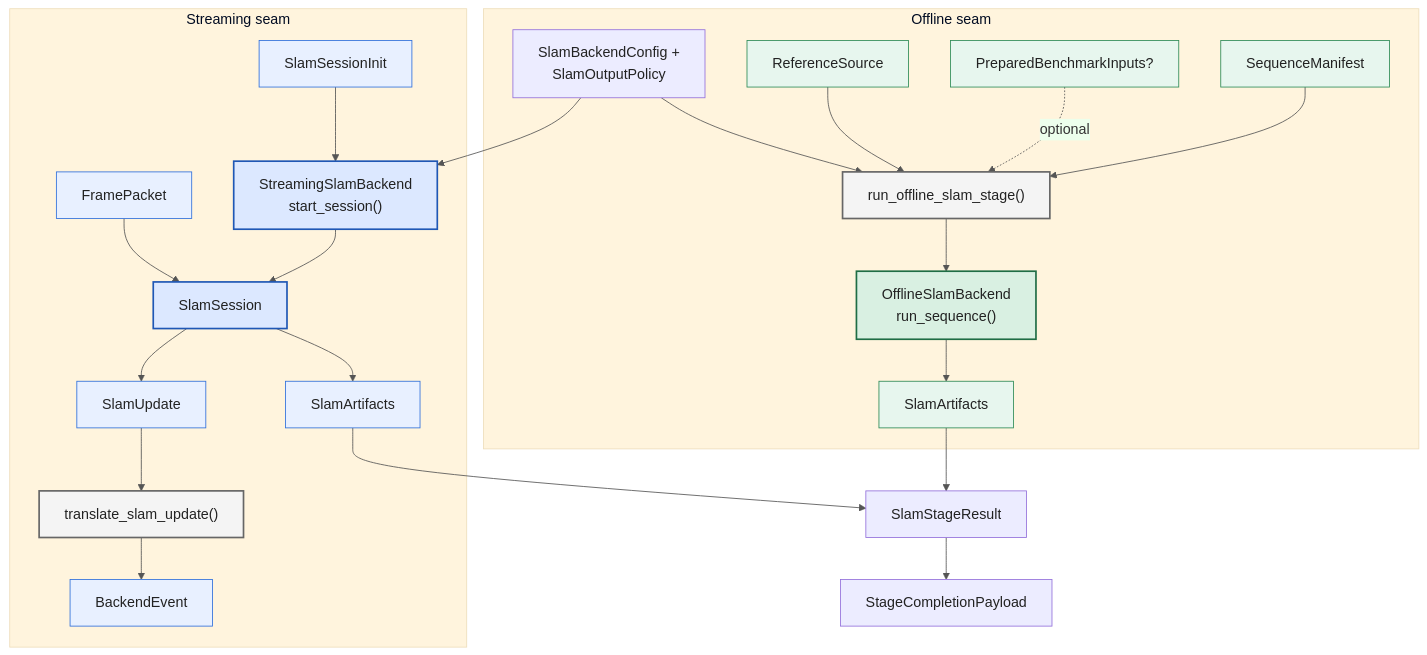
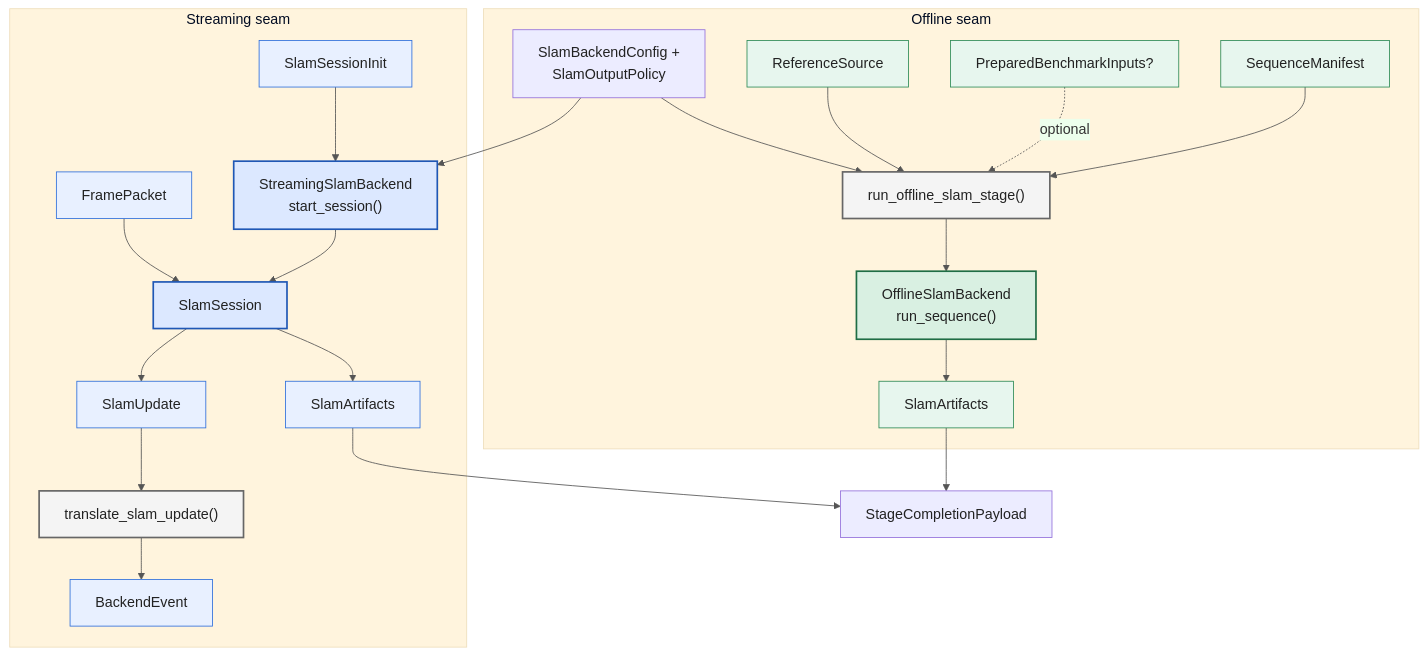
Before and after one commit to JanDuchscherer104/prml-vslam: the fourth of 8 diagrams in docs/architecture/pipeline-stage-protocols-and-dtos.md, drawn with Mermaid. The commit also changed other lines of this file and 63 other files, not shown here.

````diff
--- a/docs/architecture/pipeline-stage-protocols-and-dtos.md
+++ b/docs/architecture/pipeline-stage-protocols-and-dtos.md
@@ -336,9 +329,8 @@
         Session --> StreamingArtifacts
     end
 
-    OfflineArtifacts --> Result["SlamStageResult"]
-    StreamingArtifacts --> Result
-    Result --> Payload["StageCompletionPayload"]
+    OfflineArtifacts --> Payload["StageCompletionPayload"]
+    StreamingArtifacts --> Payload
 
     classDef compute fill:#F4F4F4,stroke:#666666,stroke-width:2px,color:#222222;
     classDef sharedData fill:#ECECFF,stroke:#9370DB,color:#222222;
@@ -353,23 +345,22 @@
     class Init,Packet,StreamingArtifacts,Update,Event streamingData;
     class StreamingBackend,Session streamingInterface;
     class Translate compute;
-    class Config,Result,Payload sharedData;
+    class Config,Payload sharedData;
 
-    click Manifest "../../src/prml_vslam/pipeline/contracts/sequence.py#L11" "SequenceManifest"
-    click Prepared "../../src/prml_vslam/benchmark/contracts.py#L98" "PreparedBenchmarkInputs"
+    click Manifest "../../src/prml_vslam/interfaces/ingest.py#L43" "SequenceManifest"
+    click Prepared "../../src/prml_vslam/interfaces/ingest.py#L86" "PreparedBenchmarkInputs"
     click Baseline "../../src/prml_vslam/benchmark/contracts.py#L13" "ReferenceSource"
     click Config "../../src/prml_vslam/methods/contracts.py#L31" "SlamOutputPolicy and SlamBackendConfig"
     click OfflineStage "../../src/prml_vslam/pipeline/ray_runtime/stage_execution.py#L108" "run_offline_slam_stage"
     click OfflineBackend "../../src/prml_vslam/methods/protocols.py#L32" "OfflineSlamBackend"
-    click Init "../../src/prml_vslam/methods/session_init.py#L10" "SlamSessionInit"
+    click Init "../../src/prml_vslam/interfaces/slam.py#L39" "SlamSessionInit"
     click StreamingBackend "../../src/prml_vslam/methods/protocols.py#L50" "StreamingSlamBackend"
     click Session "../../src/prml_vslam/methods/protocols.py#L18" "SlamSession"
     click Packet "../../src/prml_vslam/interfaces/runtime.py#L68" "FramePacket"
-    click Update "../../src/prml_vslam/methods/updates.py#L13" "SlamUpdate"
+    click Update "../../src/prml_vslam/interfaces/slam.py#L46" "SlamUpdate"
     click Translate "../../src/prml_vslam/methods/events.py#L102" "translate_slam_update"
-    click Event "../../src/prml_vslam/methods/events.py#L90" "BackendEvent"
-    click OfflineArtifacts "../../src/prml_vslam/pipeline/contracts/artifacts.py#L25" "SlamArtifacts"
-    click StreamingArtifacts "../../src/prml_vslam/pipeline/contracts/artifacts.py#L25" "SlamArtifacts"
-    click Result "../../src/prml_vslam/pipeline/ray_runtime/common.py#L41" "SlamStageResult"
-    click Payload "../../src/prml_vslam/pipeline/ray_runtime/stage_program.py#L60" "StageCompletionPayload"
+    click Event "../../src/prml_vslam/interfaces/slam.py#L142" "BackendEvent"
+    click OfflineArtifacts "../../src/prml_vslam/interfaces/slam.py#L30" "SlamArtifacts"
+    click StreamingArtifacts "../../src/prml_vslam/interfaces/slam.py#L30" "SlamArtifacts"
+        click Payload "../../src/prml_vslam/pipeline/ray_runtime/stage_program.py#L60" "StageCompletionPayload"
 ```
````
